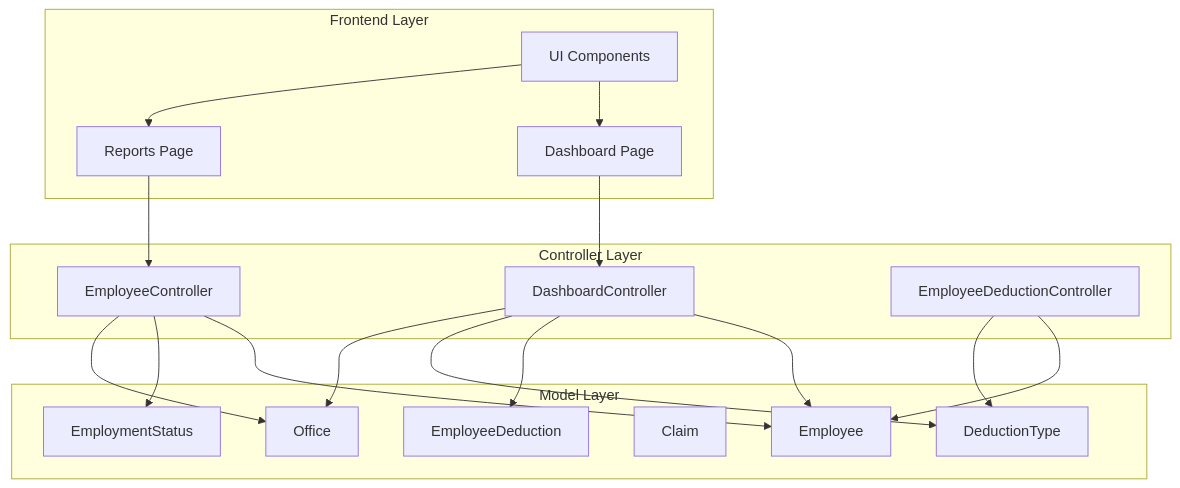
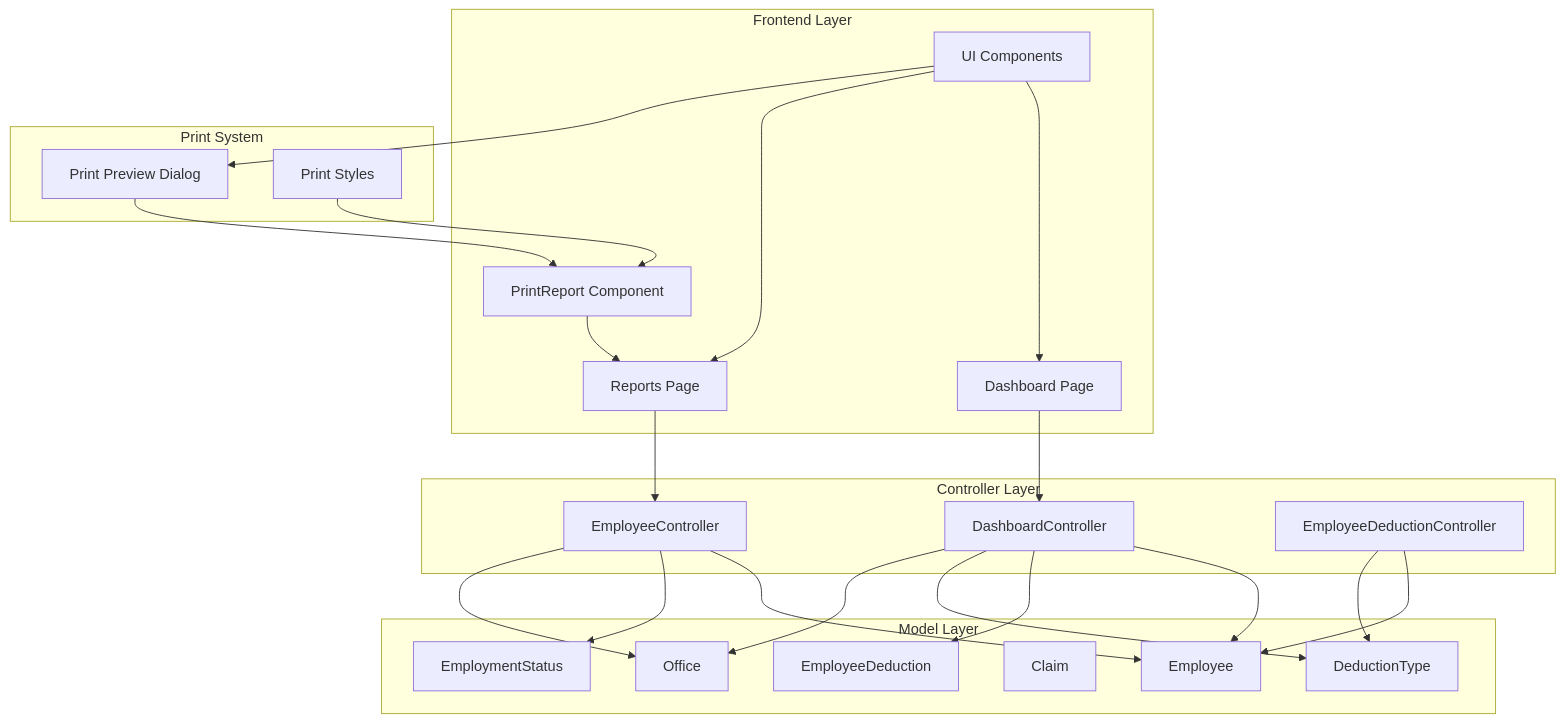
Diagram 11 of 11 in .qoder/repowiki/en/content/Employee Management/Employee Reports Dashboard.md (vincet0t15/template), drawn with Mermaid before and after one commit. The commit also changed other lines of this file and 11 other files, not shown here.

````diff
--- a/.qoder/repowiki/en/content/Employee Management/Employee Reports Dashboard.md
+++ b/.qoder/repowiki/en/content/Employee Management/Employee Reports Dashboard.md
@@ -395,34 +508,43 @@
 ```mermaid
 graph TB
 subgraph "Controller Layer"
 DC[DashboardController]
 EC[EmployeeController]
 ED[EmployeeDeductionController]
 end
 subgraph "Model Layer"
 Emp[Employee]
 EDed[EmployeeDeduction]
 DT[DeductionType]
 Cl[Claim]
 Off[Office]
 ES[EmploymentStatus]
 end
 subgraph "Frontend Layer"
 Dash[Dashboard Page]
 Rep[Reports Page]
+PrintComp[PrintReport Component]
 UI[UI Components]
+end
+subgraph "Print System"
+PrintDialog[Print Preview Dialog]
+PrintStyles[Print Styles]
 end
 DC --> Emp
 DC --> EDed
 DC --> DT
 DC --> Off
 EC --> Emp
 EC --> ES
 EC --> Off
 ED --> Emp
 ED --> DT
 Dash --> DC
 Rep --> EC
+PrintComp --> Rep
+PrintDialog --> PrintComp
+PrintStyles --> PrintComp
 UI --> Dash
 UI --> Rep
+UI --> PrintDialog
 ```
````
